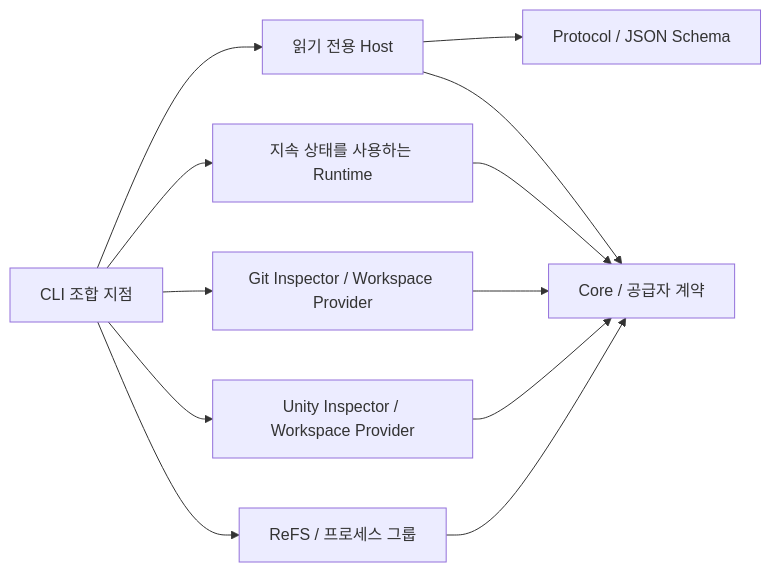
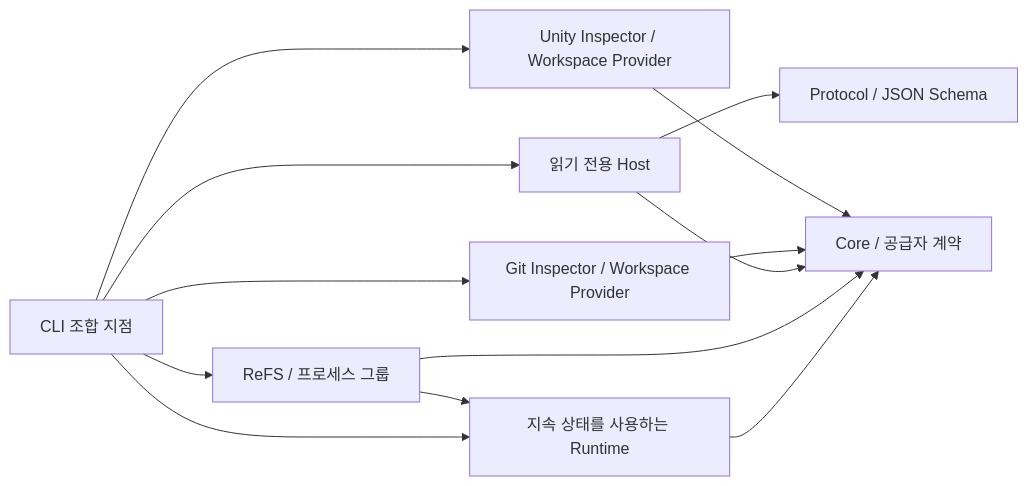
Before and after one commit to olivecrow/splinter: the diagram in docs/foundation.md, drawn with Mermaid. The commit also changed other lines of this file and 57 other files, not shown here.

````diff
--- a/docs/foundation.md
+++ b/docs/foundation.md
@@ -22,14 +24,15 @@
 ```mermaid
 flowchart LR
     CLI[CLI 조합 지점] --> Host[읽기 전용 Host]
     CLI --> Runtime[지속 상태를 사용하는 Runtime]
     Runtime --> Core
     CLI --> Git[Git Inspector / Workspace Provider]
     CLI --> Unity[Unity Inspector / Workspace Provider]
     CLI --> Windows[ReFS / 프로세스 그룹]
     Windows --> Core
+    Windows --> Runtime
     Host --> Protocol[Protocol / JSON Schema]
     Host --> Core[Core / 공급자 계약]
     Git --> Core
     Unity --> Core
 ```
````
